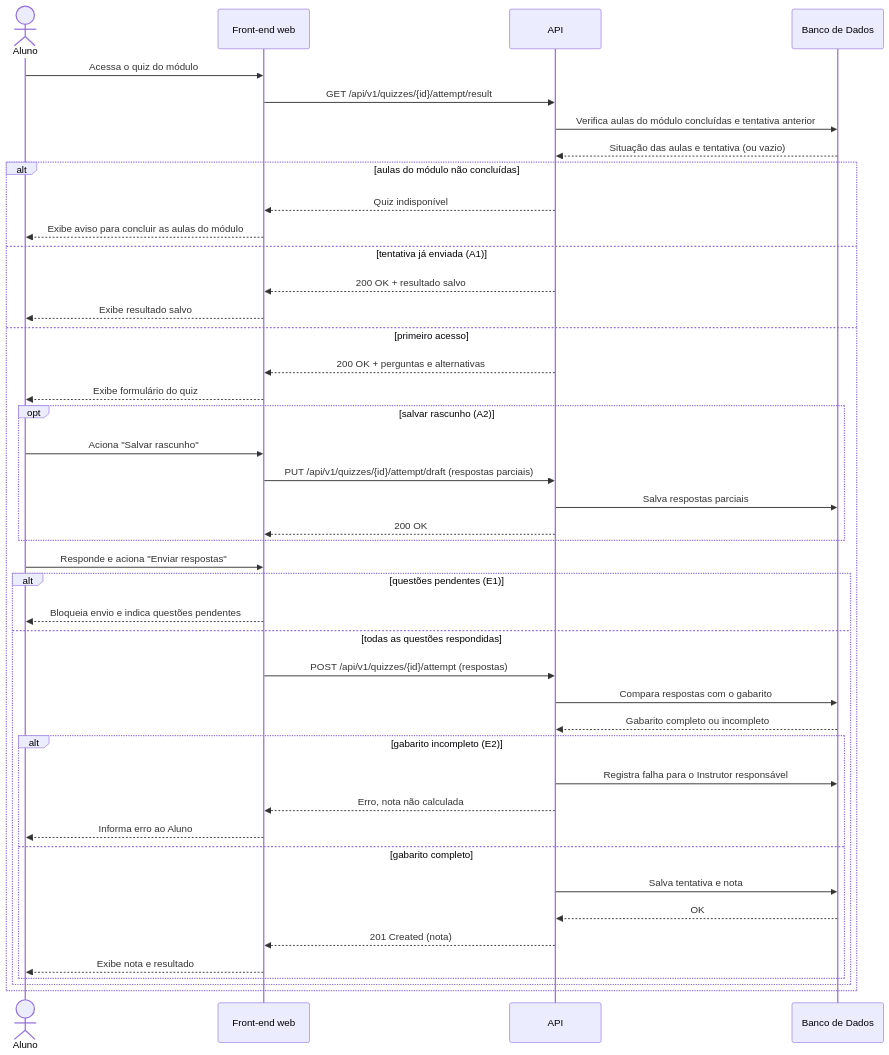
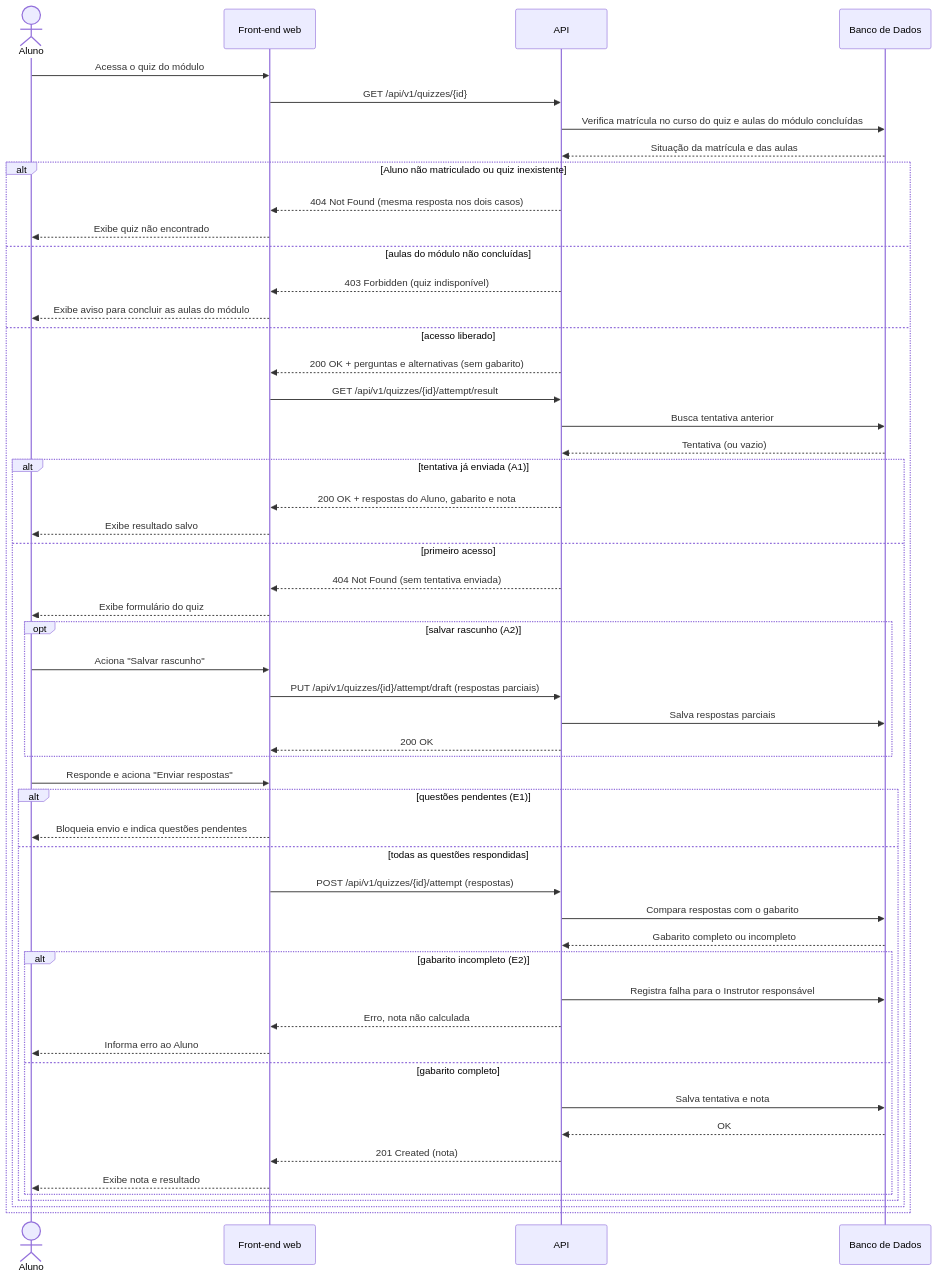
The diagram in docs/ssd/UC002-responder-quiz.md (Plataforma-de-Cursos-TCC/plataforma-cursos-docs), drawn with Mermaid before and after one commit. The commit also changed 3 other files, not shown here.

````diff
--- a/docs/ssd/UC002-responder-quiz.md
+++ b/docs/ssd/UC002-responder-quiz.md
@@ -5,46 +5,55 @@
 ```mermaid
 sequenceDiagram
     actor Aluno
     participant FE as Front-end web
     participant API
     participant DB as Banco de Dados
 
     Aluno->>FE: Acessa o quiz do módulo
-    FE->>API: GET /api/v1/quizzes/{id}/attempt/result
-    API->>DB: Verifica aulas do módulo concluídas e tentativa anterior
-    DB-->>API: Situação das aulas e tentativa (ou vazio)
-    alt aulas do módulo não concluídas
-        API-->>FE: Quiz indisponível
+    FE->>API: GET /api/v1/quizzes/{id}
+    API->>DB: Verifica matrícula no curso do quiz e aulas do módulo concluídas
+    DB-->>API: Situação da matrícula e das aulas
+    alt Aluno não matriculado ou quiz inexistente
+        API-->>FE: 404 Not Found (mesma resposta nos dois casos)
+        FE-->>Aluno: Exibe quiz não encontrado
+    else aulas do módulo não concluídas
+        API-->>FE: 403 Forbidden (quiz indisponível)
         FE-->>Aluno: Exibe aviso para concluir as aulas do módulo
-    else tentativa já enviada (A1)
-        API-->>FE: 200 OK + resultado salvo
-        FE-->>Aluno: Exibe resultado salvo
-    else primeiro acesso
-        API-->>FE: 200 OK + perguntas e alternativas
-        FE-->>Aluno: Exibe formulário do quiz
-        opt salvar rascunho (A2)
-            Aluno->>FE: Aciona "Salvar rascunho"
-            FE->>API: PUT /api/v1/quizzes/{id}/attempt/draft (respostas parciais)
-            API->>DB: Salva respostas parciais
-            API-->>FE: 200 OK
-        end
-        Aluno->>FE: Responde e aciona "Enviar respostas"
-        alt questões pendentes (E1)
-            FE-->>Aluno: Bloqueia envio e indica questões pendentes
-        else todas as questões respondidas
-            FE->>API: POST /api/v1/quizzes/{id}/attempt (respostas)
-            API->>DB: Compara respostas com o gabarito
-            DB-->>API: Gabarito completo ou incompleto
-            alt gabarito incompleto (E2)
-                API->>DB: Registra falha para o Instrutor responsável
-                API-->>FE: Erro, nota não calculada
-                FE-->>Aluno: Informa erro ao Aluno
-            else gabarito completo
-                API->>DB: Salva tentativa e nota
-                DB-->>API: OK
-                API-->>FE: 201 Created (nota)
-                FE-->>Aluno: Exibe nota e resultado
+    else acesso liberado
+        API-->>FE: 200 OK + perguntas e alternativas (sem gabarito)
+        FE->>API: GET /api/v1/quizzes/{id}/attempt/result
+        API->>DB: Busca tentativa anterior
+        DB-->>API: Tentativa (ou vazio)
+        alt tentativa já enviada (A1)
+            API-->>FE: 200 OK + respostas do Aluno, gabarito e nota
+            FE-->>Aluno: Exibe resultado salvo
+        else primeiro acesso
+            API-->>FE: 404 Not Found (sem tentativa enviada)
+            FE-->>Aluno: Exibe formulário do quiz
+            opt salvar rascunho (A2)
+                Aluno->>FE: Aciona "Salvar rascunho"
+                FE->>API: PUT /api/v1/quizzes/{id}/attempt/draft (respostas parciais)
+                API->>DB: Salva respostas parciais
+                API-->>FE: 200 OK
+            end
+            Aluno->>FE: Responde e aciona "Enviar respostas"
+            alt questões pendentes (E1)
+                FE-->>Aluno: Bloqueia envio e indica questões pendentes
+            else todas as questões respondidas
+                FE->>API: POST /api/v1/quizzes/{id}/attempt (respostas)
+                API->>DB: Compara respostas com o gabarito
+                DB-->>API: Gabarito completo ou incompleto
+                alt gabarito incompleto (E2)
+                    API->>DB: Registra falha para o Instrutor responsável
+                    API-->>FE: Erro, nota não calculada
+                    FE-->>Aluno: Informa erro ao Aluno
+                else gabarito completo
+                    API->>DB: Salva tentativa e nota
+                    DB-->>API: OK
+                    API-->>FE: 201 Created (nota)
+                    FE-->>Aluno: Exibe nota e resultado
+                end
             end
         end
     end
 ```
````
